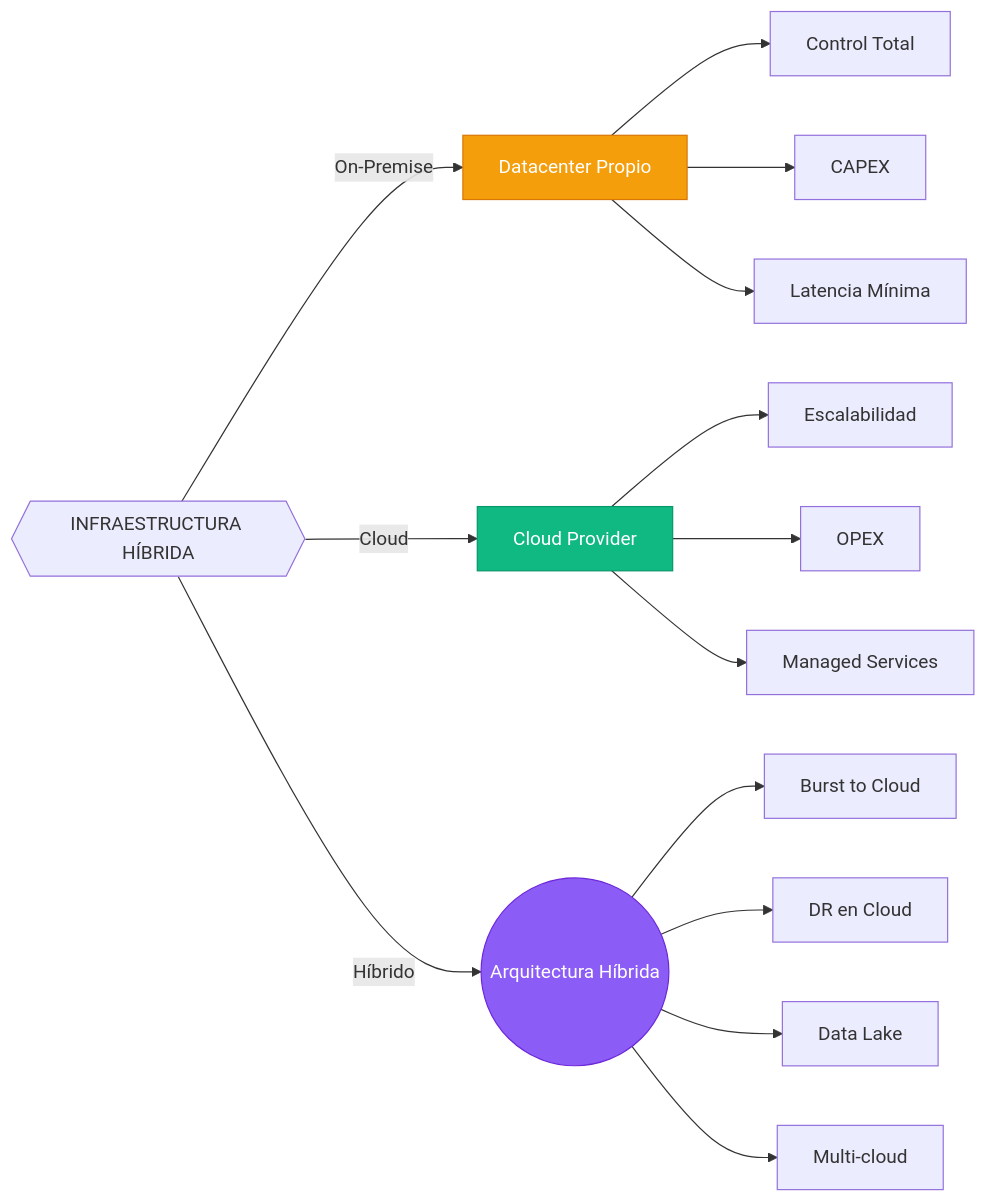
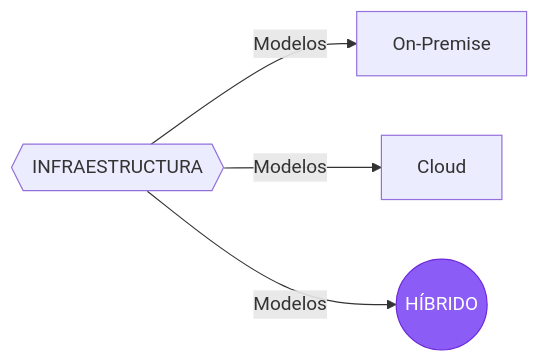
One commit to rraulherediaa/PracticasEstructurasDatos changed the second of 12 diagrams in README.md. Above: the diagram before and after it, drawn with Mermaid. The commit also changed other lines of this file and 1 other file, not shown here.

Commit message:
fix: corregir errores léxicos en diagramas Mermaid y estandarizar sintaxis

````diff
--- a/README.md
+++ b/README.md
@@ -251,25 +36,7 @@
 ```mermaid
 flowchart LR
+    Main{{"INFRAESTRUCTURA"}} -->|Modelos| OP["On-Premise"] & CL["Cloud"] & HYB(("HÍBRIDO"))
+
     classDef hybrid fill:#8b5cf6,color:#fff,stroke:#6d28d9
-    classDef onprem fill:#f59e0b,color:#fff,stroke:#d97706
-    classDef cloud fill:#10b981,color:#fff,stroke:#059669
-    
-    Main{{"INFRAESTRUCTURA HÍBRIDA"}}
-    
-    Main -->|On-Premise| OP[Datacenter Propio]:::onprem
-    Main -->|Cloud| CL[Cloud Provider]:::cloud
-    Main -->|Híbrido| HYB(("Arquitectura Híbrida")):::hybrid
-    
-    OP --> OP1[Control Total]
-    OP --> OP2[CAPEX]
-    OP --> OP3[Latencia Mínima]
-    
-    CL --> CL1[Escalabilidad]
-    CL --> CL2[OPEX]
-    CL --> CL3[Managed Services]
-    
-    HYB --> HYB1[Burst to Cloud]
-    HYB --> HYB2[DR en Cloud]
-    HYB --> HYB3[Data Lake]
-    HYB --> HYB4[Multi-cloud]
+    class HYB hybrid
 ```
````
